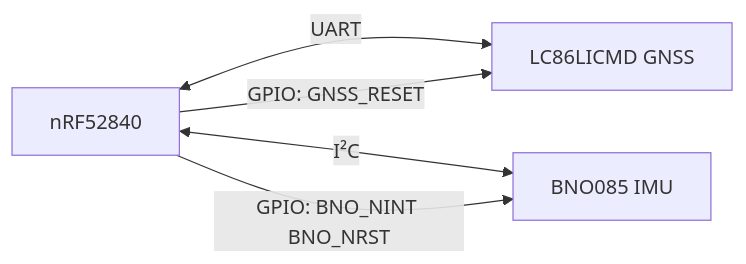
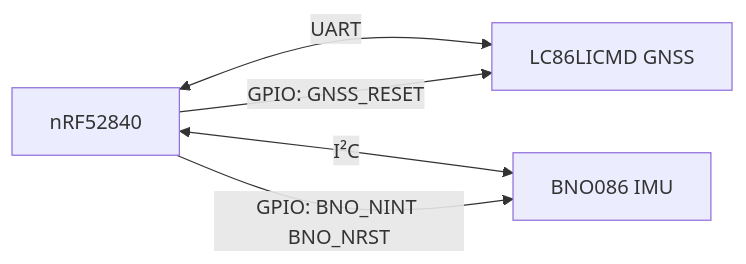
Before and after one commit to wildjames/smart_compass: the second of 6 diagrams in boards/main/board_components.md, drawn with Mermaid. The commit also changed 13 other files, not shown here.

````diff
--- a/boards/main/board_components.md
+++ b/boards/main/board_components.md
@@ -35,8 +35,8 @@
 ```mermaid
 flowchart LR
     MCU[nRF52840] <-->|UART| GNSS[LC86LICMD GNSS]
     MCU -->|GPIO: GNSS_RESET| GNSS
 
-    MCU <-->|I²C| IMU[BNO085 IMU]
+    MCU <-->|I²C| IMU[BNO086 IMU]
     MCU -->|GPIO: BNO_NINT BNO_NRST| IMU
 ```
````
